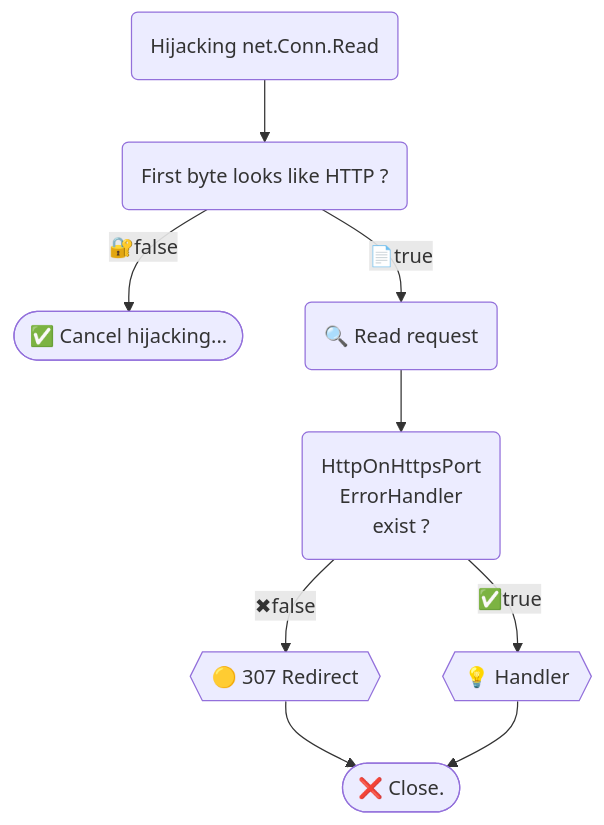
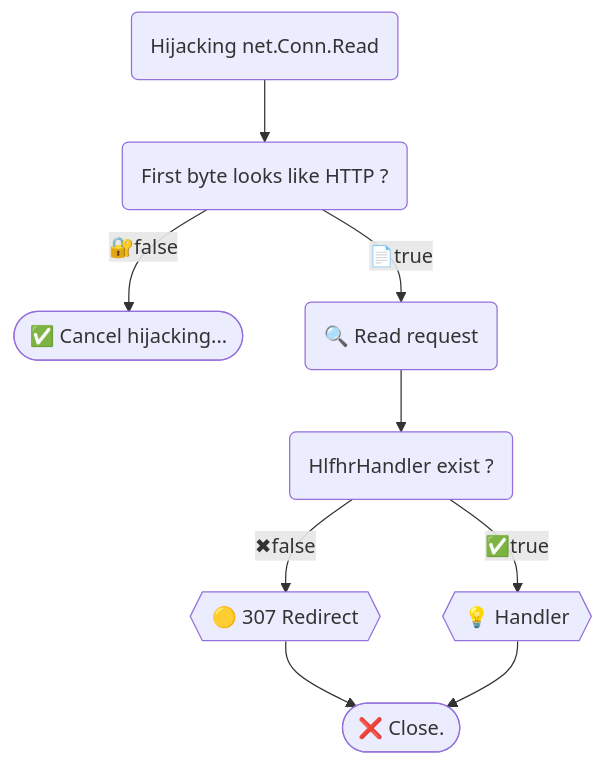
Before and after one commit to bddjr/hlfhr: the diagram in README.md, drawn with Mermaid. The commit also changed other lines of this file and 22 other files, not shown here.

````diff
--- a/README.md
+++ b/README.md
@@ -39,27 +39,24 @@
 ```mermaid
 flowchart TD
 	Read("Hijacking net.Conn.Read")
 
 	IsLooksLikeHTTP("First byte looks like HTTP ?")
 
 	CancelHijacking(["✅ Cancel hijacking..."])
 
 	ReadRequest("🔍 Read request")
 
-	IsHandlerExist("`
-	HttpOnHttpsPort
-	ErrorHandler
-	exist ?`")
+	IsHandlerExist("HlfhrHandler exist ?")
 
 	Redirect{{"🟡 307 Redirect"}}
 
 	Handler{{"💡 Handler"}}
 
 	Close(["❌ Close."])
 
     Read --> IsLooksLikeHTTP
     IsLooksLikeHTTP -- "🔐false" --> CancelHijacking
     IsLooksLikeHTTP -- "📄true" --> ReadRequest --> IsHandlerExist
 	IsHandlerExist -- "✖false" --> Redirect --> Close
 	IsHandlerExist -- "✅true" --> Handler --> Close
 ```
````
